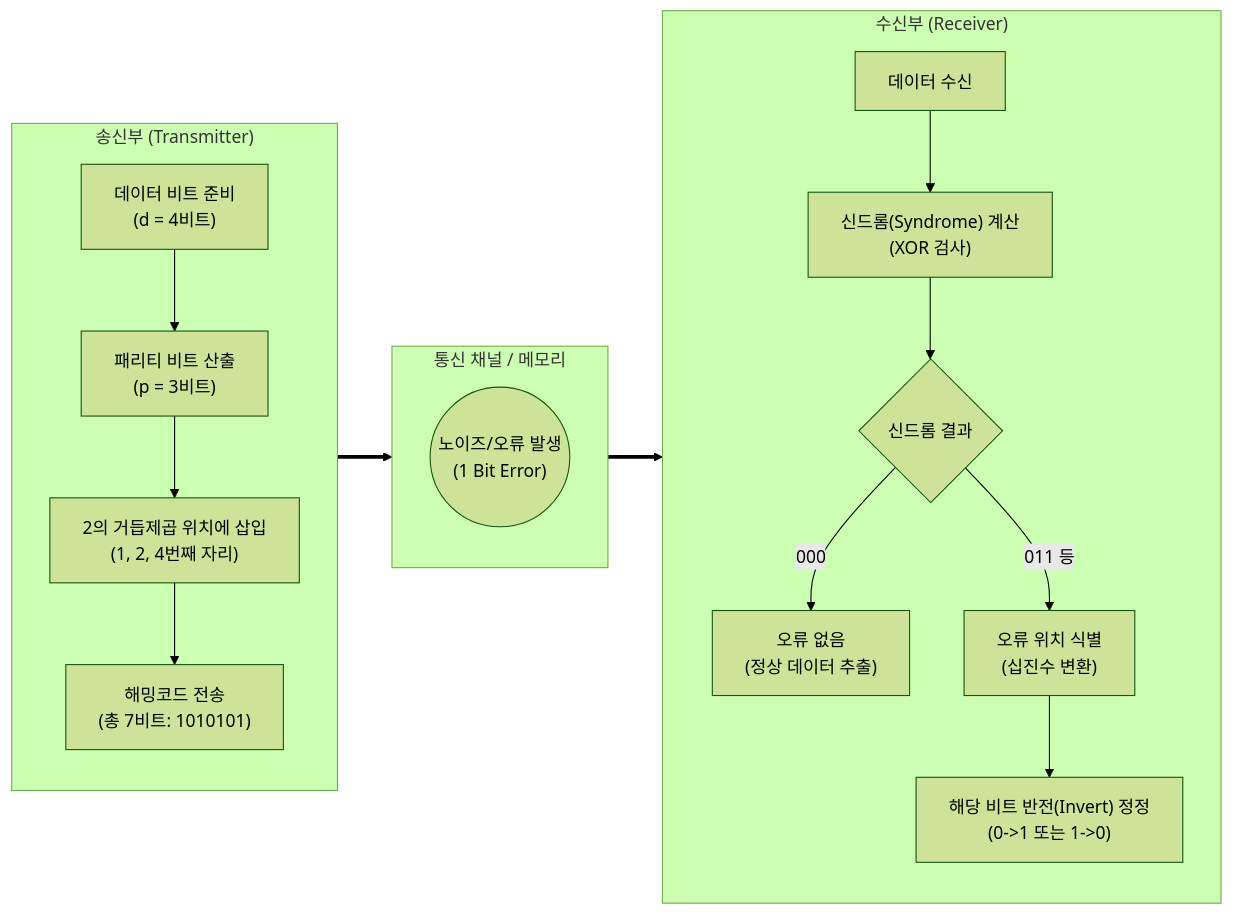
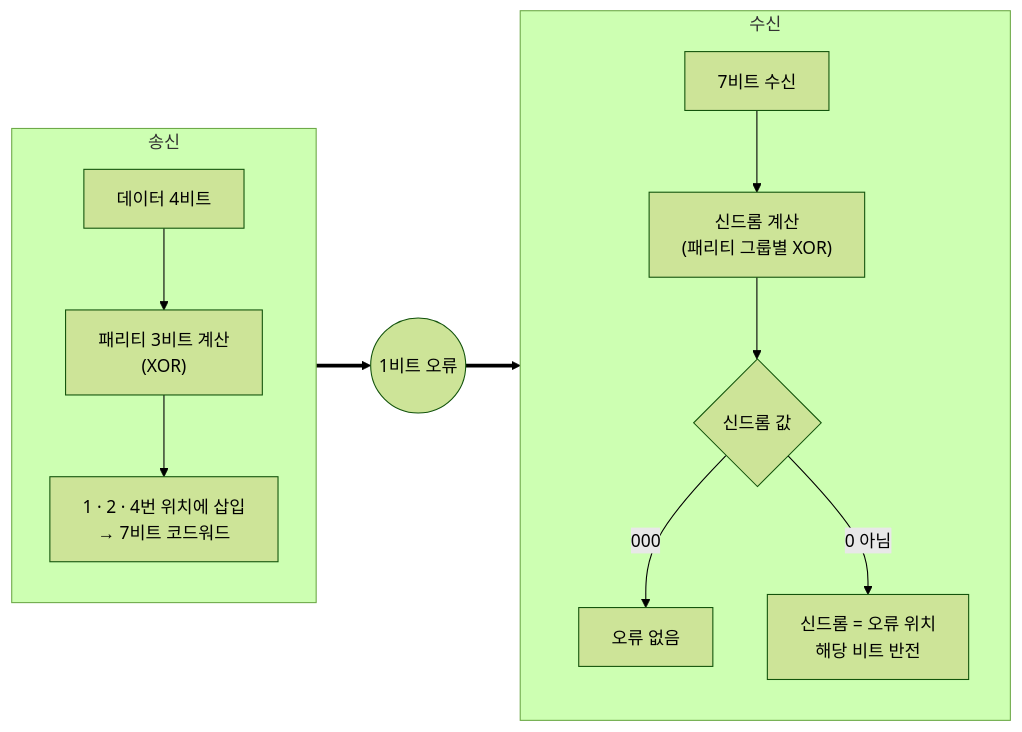
The diagram in content/01_IT Tech/해밍코드.md (supremethumb/supremethumb.github.io), drawn with Mermaid (forest theme) before and after one commit. The commit also changed other lines of this file and 1087 other files, not shown here.

````diff
--- a/content/01_IT Tech/해밍코드.md
+++ b/content/01_IT Tech/해밍코드.md
@@ -31,27 +36,16 @@
 ```mermaid
 flowchart LR
-    subgraph "송신부 (Transmitter)"
+    subgraph TX["송신"]
         direction TB
-        Data["데이터 비트 준비<br/>(d = 4비트)"] --> ParityCalc["패리티 비트 산출<br/>(p = 3비트)"]
-        ParityCalc --> Insert["2의 거듭제곱 위치에 삽입<br/>(1, 2, 4번째 자리)"]
-        Insert --> Encoded["해밍코드 전송<br/>(총 7비트: 1010101)"]
+        D["데이터 4비트"] --> P["패리티 3비트 계산<br/>(XOR)"] --> I["1 · 2 · 4번 위치에 삽입<br/>→ 7비트 코드워드"]
     end
-
-    subgraph "통신 채널 / 메모리"
+    N(("1비트 오류"))
+    subgraph RX["수신"]
         direction TB
-        Noise(("노이즈/오류 발생<br/>(1 Bit Error)"))
+        R["7비트 수신"] --> S["신드롬 계산<br/>(패리티 그룹별 XOR)"]
+        S --> K{"신드롬 값"}
+        K -- "000" --> OK["오류 없음"]
+        K -- "0 아님" --> FIX["신드롬 = 오류 위치<br/>해당 비트 반전"]
     end
-
-    subgraph "수신부 (Receiver)"
-        direction TB
-        Recv["데이터 수신"] --> Syndrome["신드롬(Syndrome) 계산<br/>(XOR 검사)"]
-        Syndrome --> Check{신드롬 결과}
-        
-        Check -->|000| OK["오류 없음<br/>(정상 데이터 추출)"]
-        Check -->|011 등| ErrorLoc["오류 위치 식별<br/>(십진수 변환)"]
-        ErrorLoc --> Fix["해당 비트 반전(Invert) 정정<br/>(0->1 또는 1->0)"]
-    end
-
-    Encoded ==> Noise ==> Recv
-
+    I ==> N ==> R
 ```
````
